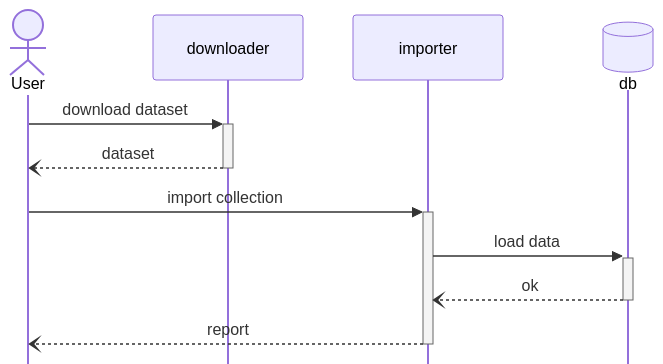
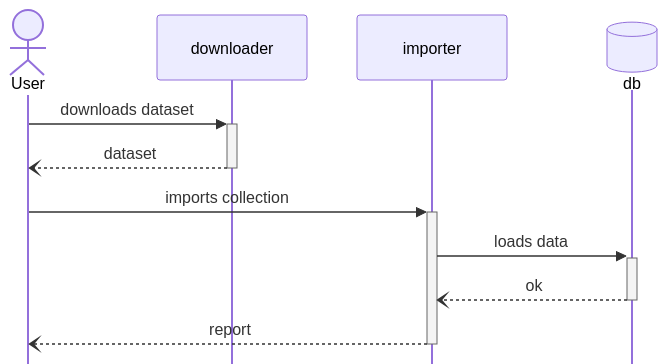
The fourth of 4 diagrams in docs/spec/tests/e2e.en.md (chromiodev/chromie-tool), drawn with Mermaid before and after one commit. The commit also changed other lines of this file and 8 other files, not shown here.

````diff
--- a/docs/spec/tests/e2e.en.md
+++ b/docs/spec/tests/e2e.en.md
@@ -155,24 +155,24 @@
   ```mermaid
   ---
   config:
     mirrorActors: false
   ---
 
   sequenceDiagram
     %% participants
     actor user as User
     participant dl as downloader
     participant imp as importer
     participant db@{ type: "database" }
 
     %% messages
     %% download
-    user ->> +dl: download dataset
+    user ->> +dl: downloads dataset
     dl --) -user: dataset
 
     %% import
-    user ->> +imp: import collection
-    imp ->> +db: load data
+    user ->> +imp: imports collection
+    imp ->> +db: loads data
     db --) -imp: ok
     imp --) -user: report
   ```
````
